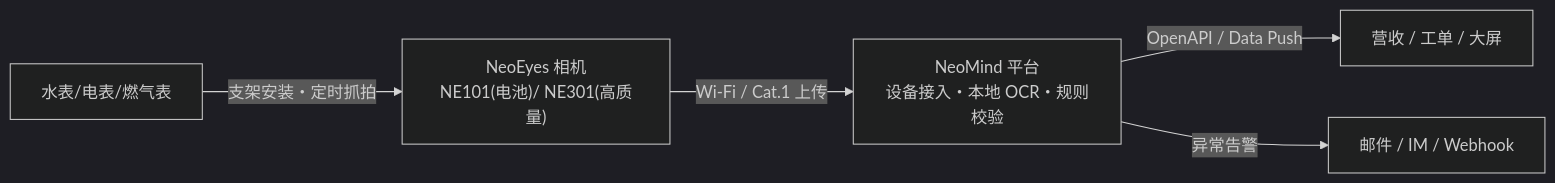
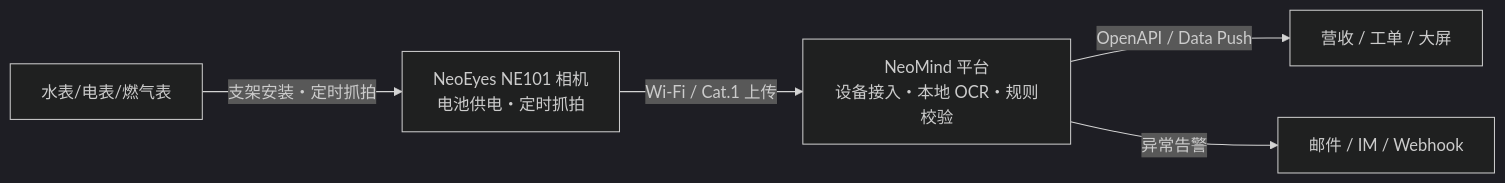
One commit to camthink-ai/wiki-documents changed the diagram in docs/4-edge-ai-solutions/1-water-meter-recognition/0-solution-overview.md. Above: the diagram before and after it, drawn with Mermaid (dark theme). The commit also changed other lines of this file and 9 other files, not shown here.

````diff
--- a/docs/4-edge-ai-solutions/1-water-meter-recognition/0-solution-overview.md
+++ b/docs/4-edge-ai-solutions/1-water-meter-recognition/0-solution-overview.md
@@ -17,7 +17,7 @@
 ```mermaid
 flowchart LR
-    M["水表/电表/燃气表"] -->|支架安装・定时抓拍| C["NeoEyes 相机<br/>NE101(电池)/ NE301(高质量)"]
+    M["水表/电表/燃气表"] -->|支架安装・定时抓拍| C["NeoEyes NE101 相机<br/>电池供电・定时抓拍"]
     C -->|Wi-Fi / Cat.1 上传| N["NeoMind 平台<br/>设备接入・本地 OCR・规则校验"]
     N -->|OpenAPI / Data Push| B["营收 / 工单 / 大屏"]
     N -->|异常告警| U["邮件 / IM / Webhook"]
 ```
````
